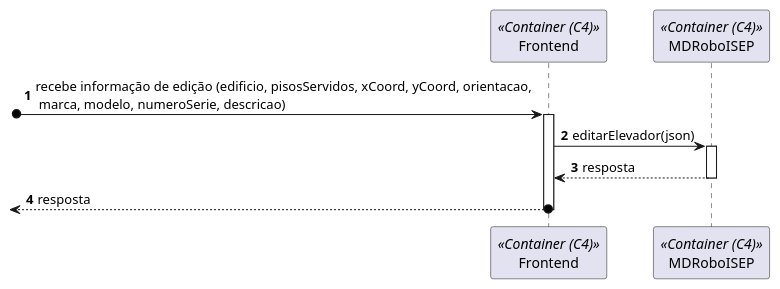
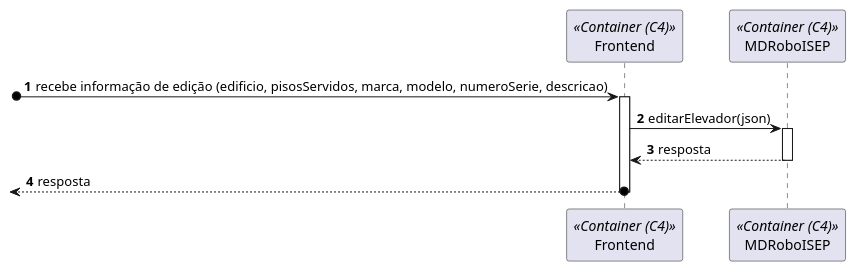
One commit to SEM5PI2324G58/sem5pi_g58_23_24 changed the diagram in docs/Sprint_A/US_280/N2/N2_VP.puml. Above: the diagram before and after it, drawn with PlantUML. The commit also changed 6 other files, not shown here.

Commit message:
[US280][Design] Atualização dos diagramas da VP e correção do .md

```diff
--- a/docs/Sprint_A/US_280/N2/N2_VP.puml
+++ b/docs/Sprint_A/US_280/N2/N2_VP.puml
@@ -1,11 +1,11 @@
 autonumber
 
 participant Frontend as fe <<Container (C4)>>
 participant MDRoboISEP as md <<Container (C4)>>
 
-[o-> fe: recebe informação de edição (edificio, pisosServidos, xCoord, yCoord, orientacao,\n marca, modelo, numeroSerie, descricao)
+[o-> fe: recebe informação de edição (edificio, pisosServidos, marca, modelo, numeroSerie, descricao)
 activate fe
 fe	-> md: editarElevador(json)
 activate md
 return resposta
 return resposta
```
